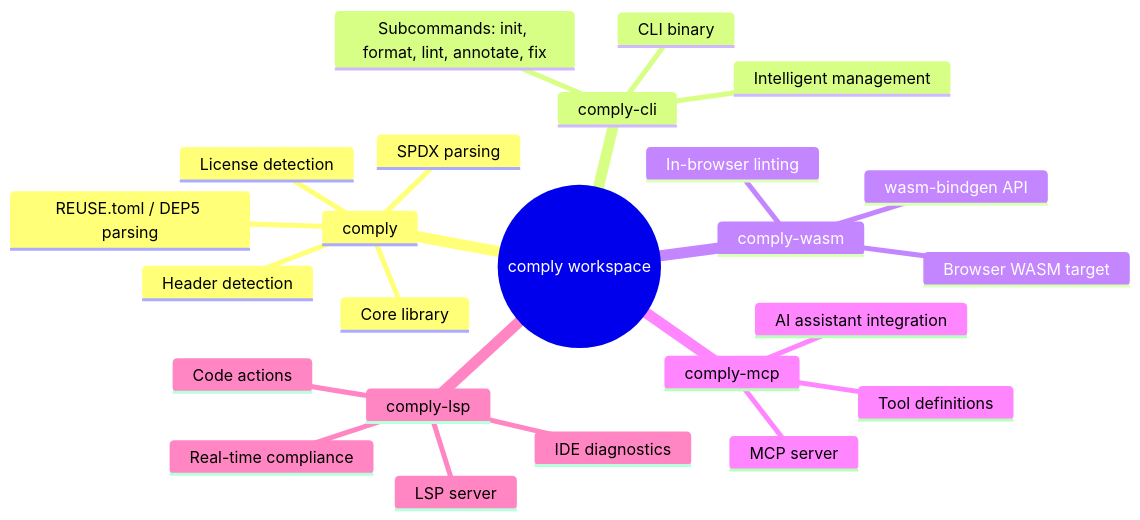
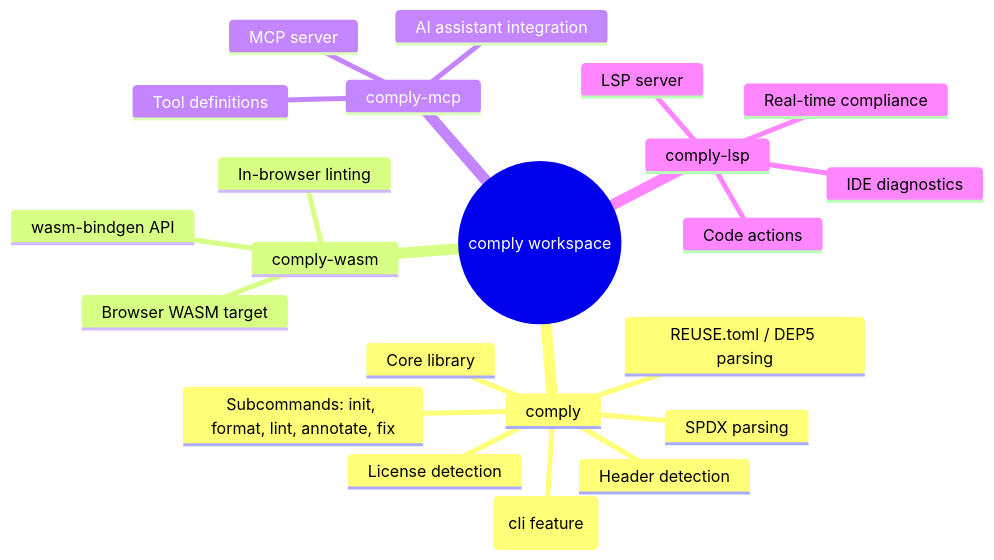
The first of 7 diagrams in docs/architecture.md (elioseverojunior/comply), drawn with Mermaid before and after one commit. The commit also changed other lines of this file and 7 other files, not shown here.

````diff
--- a/docs/architecture.md
+++ b/docs/architecture.md
@@ -38,27 +39,25 @@
 ```mermaid
 mindmap
   root((comply workspace))
     comply
       Core library
       SPDX parsing
       Header detection
       License detection
       REUSE.toml / DEP5 parsing
-    comply-cli
-      CLI binary
+      CLI binary (cli feature)
       Subcommands: init, format, lint, annotate, fix
-      Intelligent management
     comply-wasm
       Browser WASM target
       wasm-bindgen API
       In-browser linting
     comply-mcp
       MCP server
       AI assistant integration
       Tool definitions
     comply-lsp
       LSP server
       IDE diagnostics
       Code actions
       Real-time compliance
 ```
````
